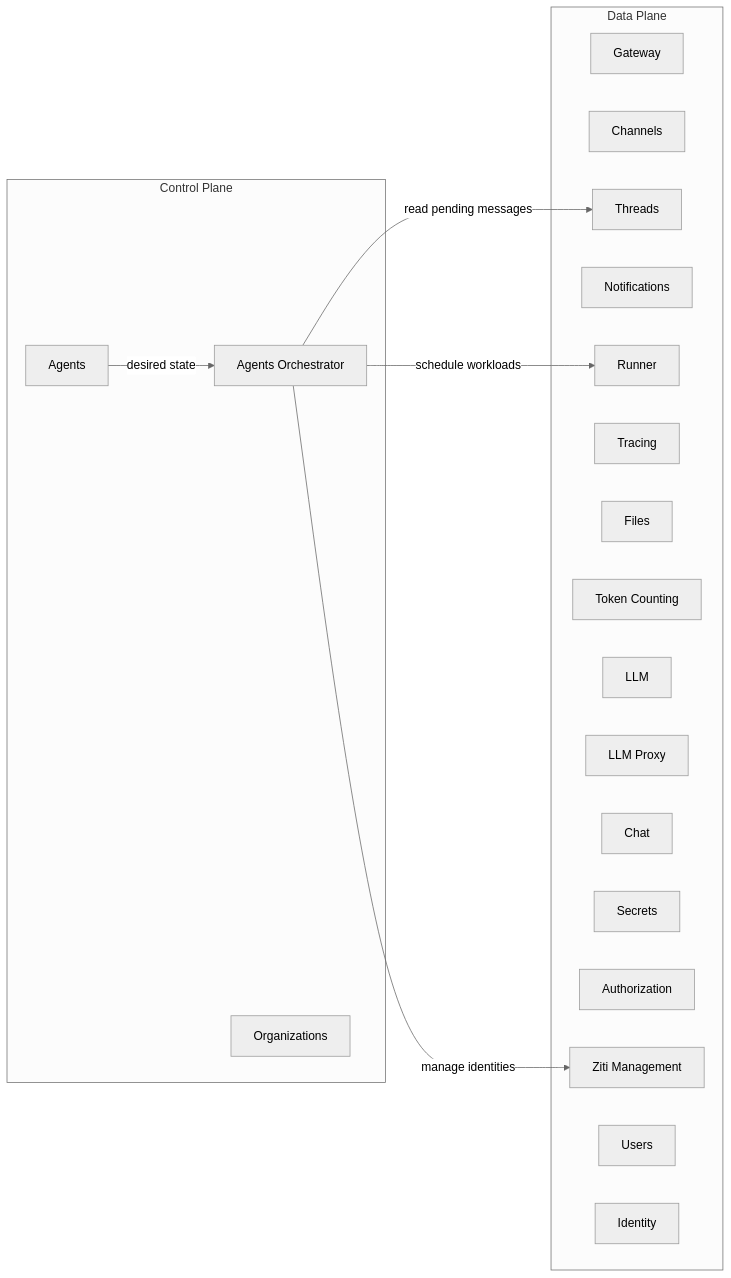
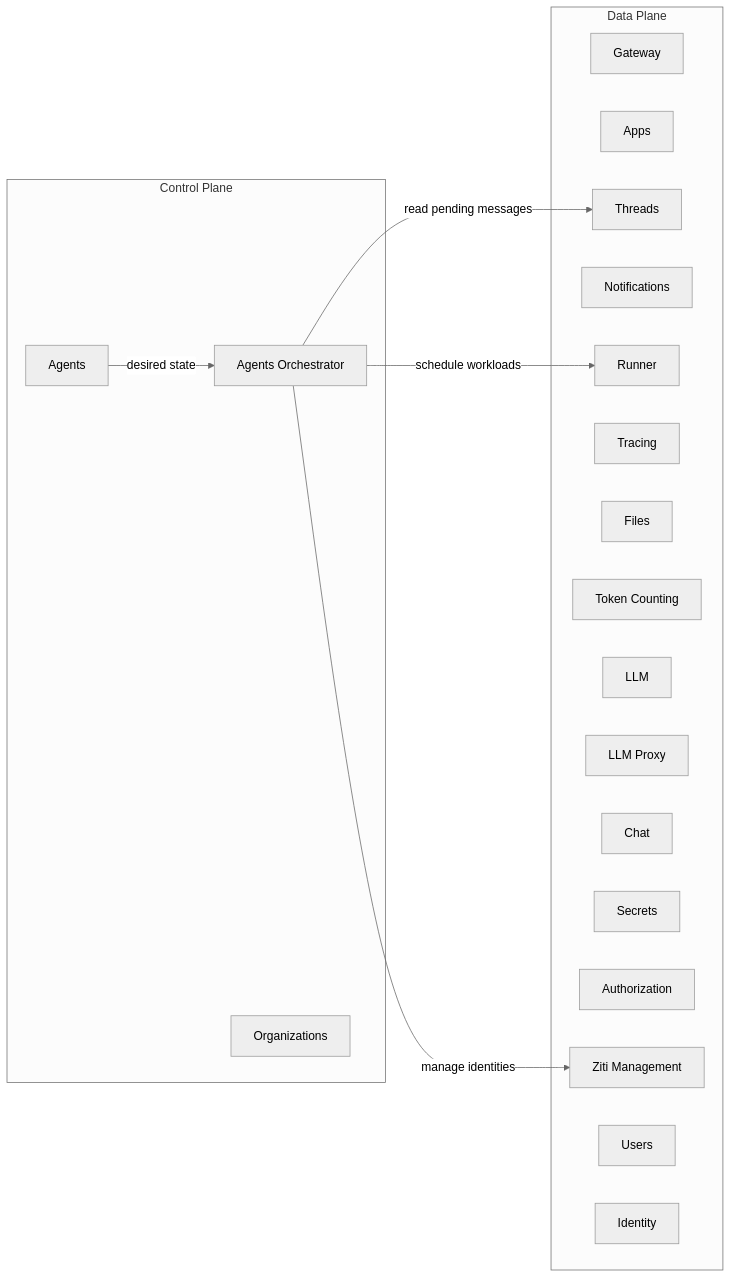
One commit to agynio/architecture changed the first of 2 diagrams in architecture/control-data-plane.md. Above: the diagram before and after it, drawn with Mermaid (neutral theme). The commit also changed other lines of this file and 19 other files, not shown here.

````diff
--- a/architecture/control-data-plane.md
+++ b/architecture/control-data-plane.md
@@ -21,32 +21,32 @@
 ```mermaid
 graph LR
     subgraph Control Plane
         Agents
         AgentsOrch[Agents Orchestrator]
         Organizations
     end
 
     subgraph Data Plane
         Gateway
-        Channels
+        Apps
         Threads
         Notifications
         Runner
         Tracing
         Files
         TokenCounting[Token Counting]
         LLM
         LLMProxy[LLM Proxy]
         Chat
         Secrets
         Authorization
         ZitiMgmt[Ziti Management]
         Users
         Identity
     end
 
     Agents -->|desired state| AgentsOrch
     AgentsOrch -->|schedule workloads| Runner
     AgentsOrch -->|manage identities| ZitiMgmt
     AgentsOrch -->|read pending messages| Threads
 ```
````
